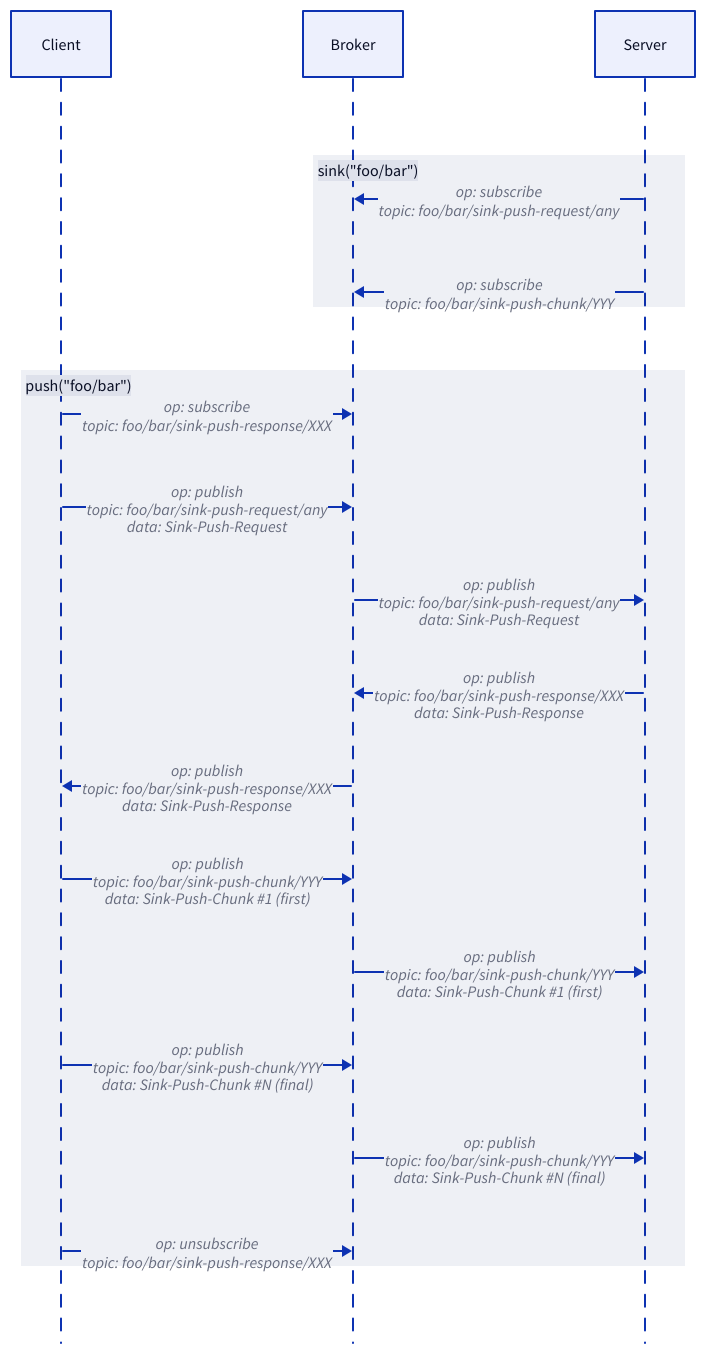
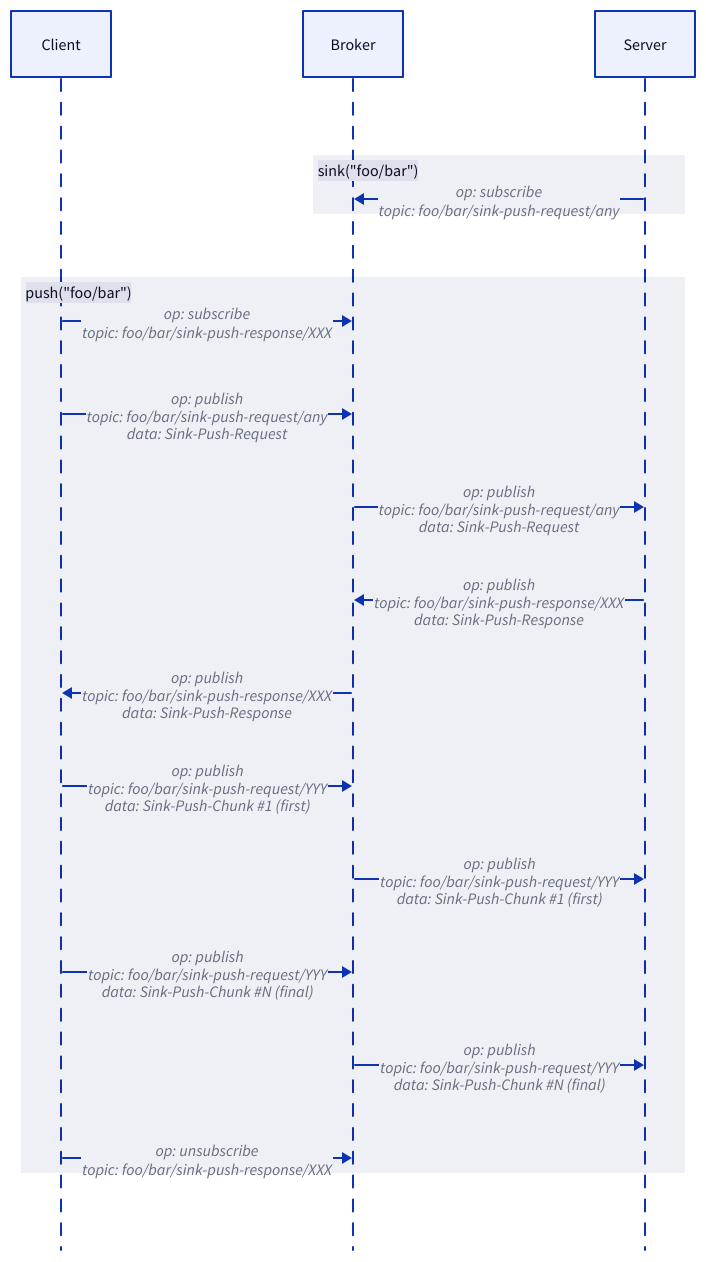
One commit to rse/mqtt-plus changed the diagram in doc/mqtt-plus-comm-sink-push.d2. Above: the diagram before and after it, drawn with D2. The commit also changed 10 other files, not shown here.

```diff
--- a/doc/mqtt-plus-comm-sink-push.d2
+++ b/doc/mqtt-plus-comm-sink-push.d2
@@ -1,25 +1,24 @@
 shape: sequence_diagram
 
 client: "Client"
 broker: "Broker"
 server: "Server"
 
 broker.class: brown
 
 sink("foo/bar") {
     server -> broker: "op: subscribe\ntopic: foo/bar/sink-push-request/any"
-    server -> broker: "op: subscribe\ntopic: foo/bar/sink-push-chunk/YYY"
 }
 
 push("foo/bar") {
     client -> broker: "op: subscribe\ntopic: foo/bar/sink-push-response/XXX"
     client -> broker: "op: publish\ntopic: foo/bar/sink-push-request/any\ndata: Sink-Push-Request"
     broker -> server: "op: publish\ntopic: foo/bar/sink-push-request/any\ndata: Sink-Push-Request"
     broker <- server: "op: publish\ntopic: foo/bar/sink-push-response/XXX\ndata: Sink-Push-Response"
     client <- broker: "op: publish\ntopic: foo/bar/sink-push-response/XXX\ndata: Sink-Push-Response"
-    client -> broker: "op: publish\ntopic: foo/bar/sink-push-chunk/YYY\ndata: Sink-Push-Chunk #1 (first)"
-    broker -> server: "op: publish\ntopic: foo/bar/sink-push-chunk/YYY\ndata: Sink-Push-Chunk #1 (first)"
-    client -> broker: "op: publish\ntopic: foo/bar/sink-push-chunk/YYY\ndata: Sink-Push-Chunk #N (final)"
-    broker -> server: "op: publish\ntopic: foo/bar/sink-push-chunk/YYY\ndata: Sink-Push-Chunk #N (final)"
+    client -> broker: "op: publish\ntopic: foo/bar/sink-push-request/YYY\ndata: Sink-Push-Chunk #1 (first)"
+    broker -> server: "op: publish\ntopic: foo/bar/sink-push-request/YYY\ndata: Sink-Push-Chunk #1 (first)"
+    client -> broker: "op: publish\ntopic: foo/bar/sink-push-request/YYY\ndata: Sink-Push-Chunk #N (final)"
+    broker -> server: "op: publish\ntopic: foo/bar/sink-push-request/YYY\ndata: Sink-Push-Chunk #N (final)"
     client -> broker: "op: unsubscribe\ntopic: foo/bar/sink-push-response/XXX"
 }
```
